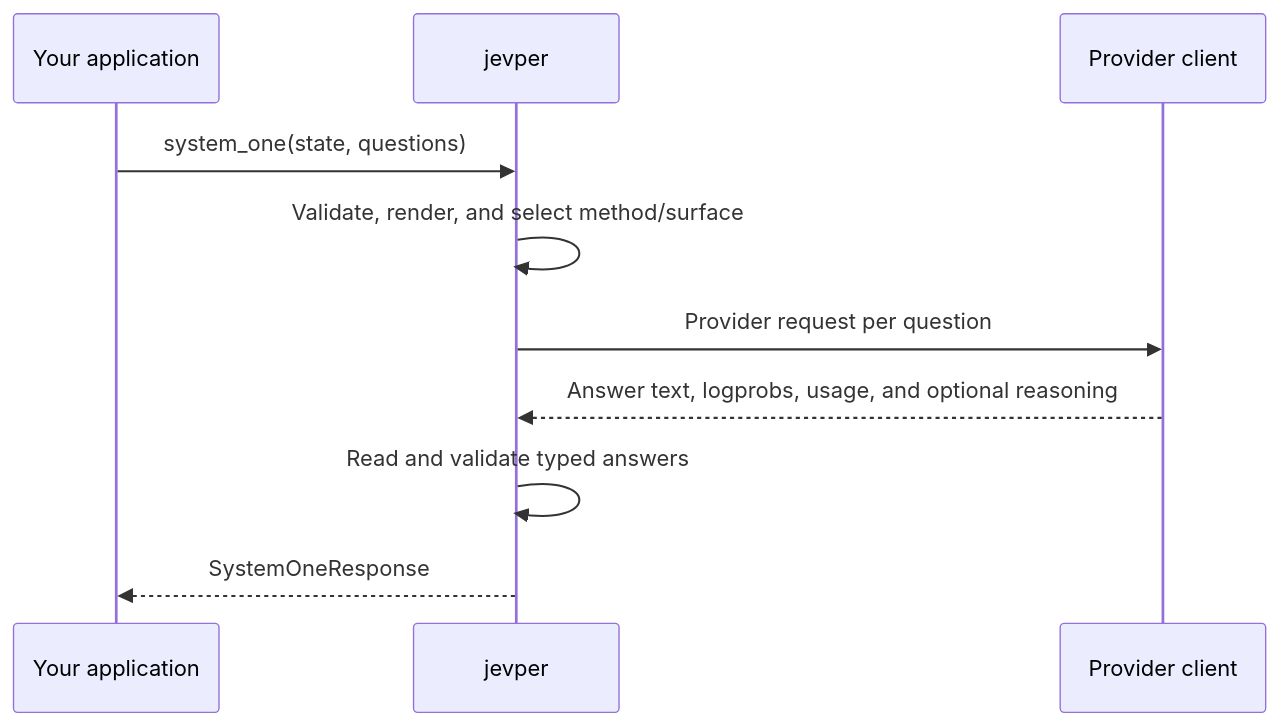
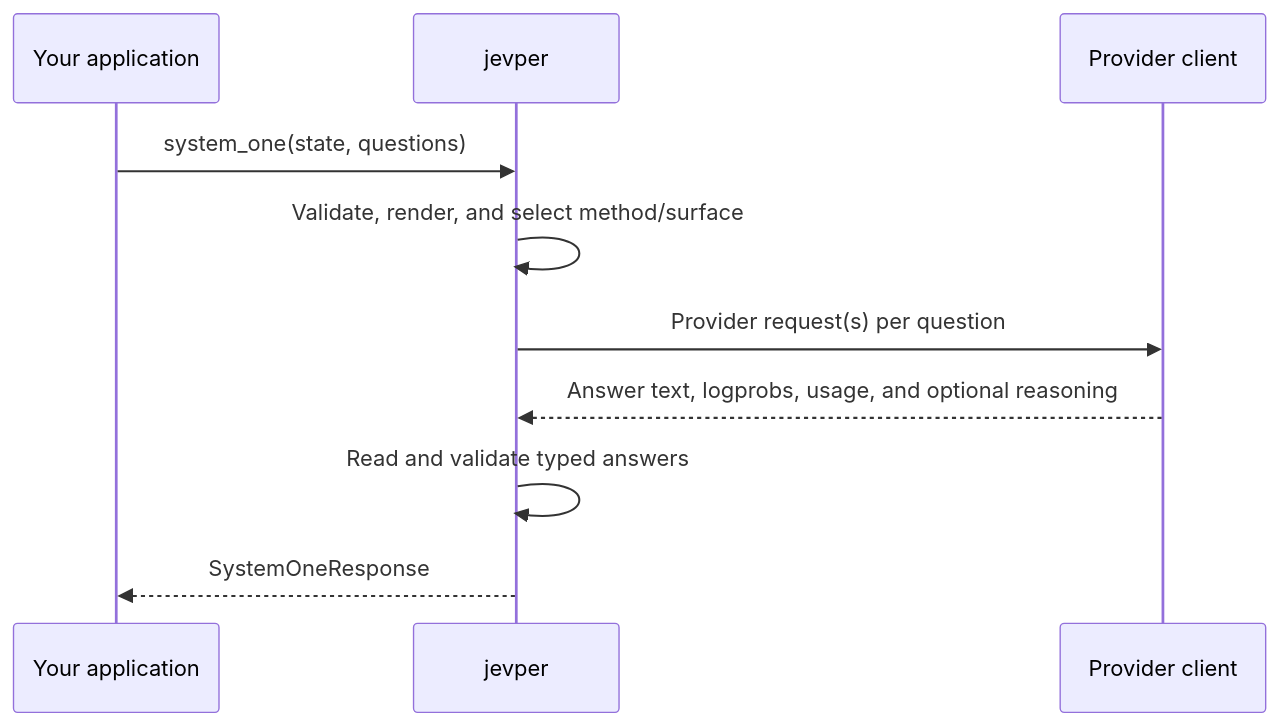
The diagram in docs/getting-started.md (zhulinchng/jevper), drawn with Mermaid before and after one commit. The commit also changed other lines of this file and 16 other files, not shown here.

````diff
--- a/docs/getting-started.md
+++ b/docs/getting-started.md
@@ -103,12 +103,12 @@
 ```mermaid
 sequenceDiagram
     participant A as Your application
     participant J as jevper
     participant P as Provider client
     A->>J: system_one(state, questions)
     J->>J: Validate, render, and select method/surface
-    J->>P: Provider request per question
+    J->>P: Provider request(s) per question
     P-->>J: Answer text, logprobs, usage, and optional reasoning
     J->>J: Read and validate typed answers
     J-->>A: SystemOneResponse
 ```
````
